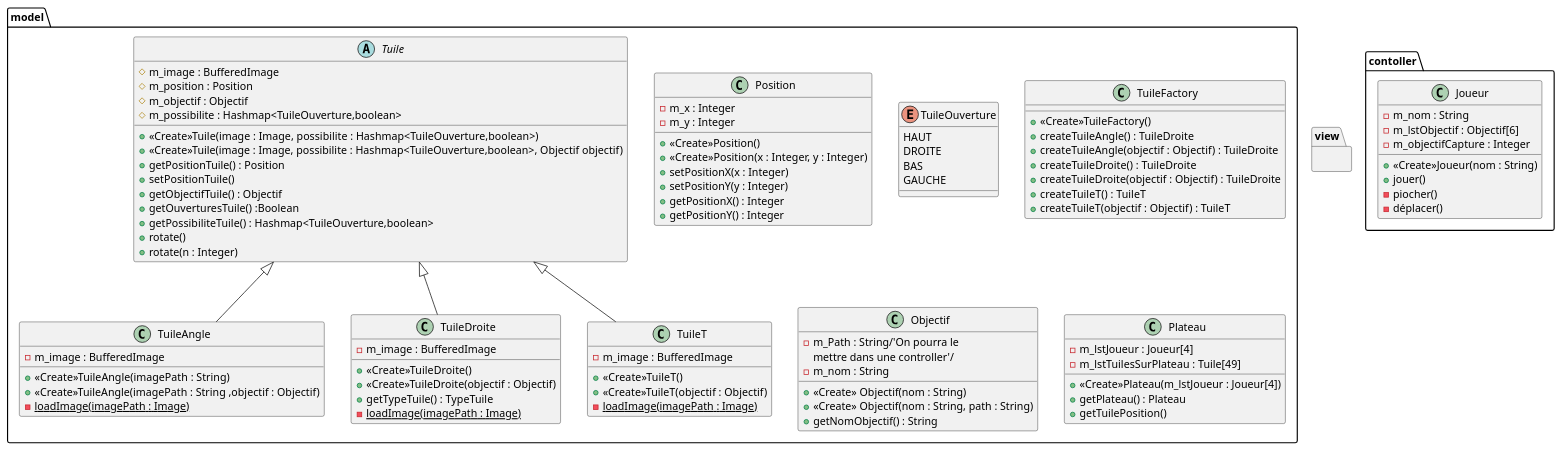
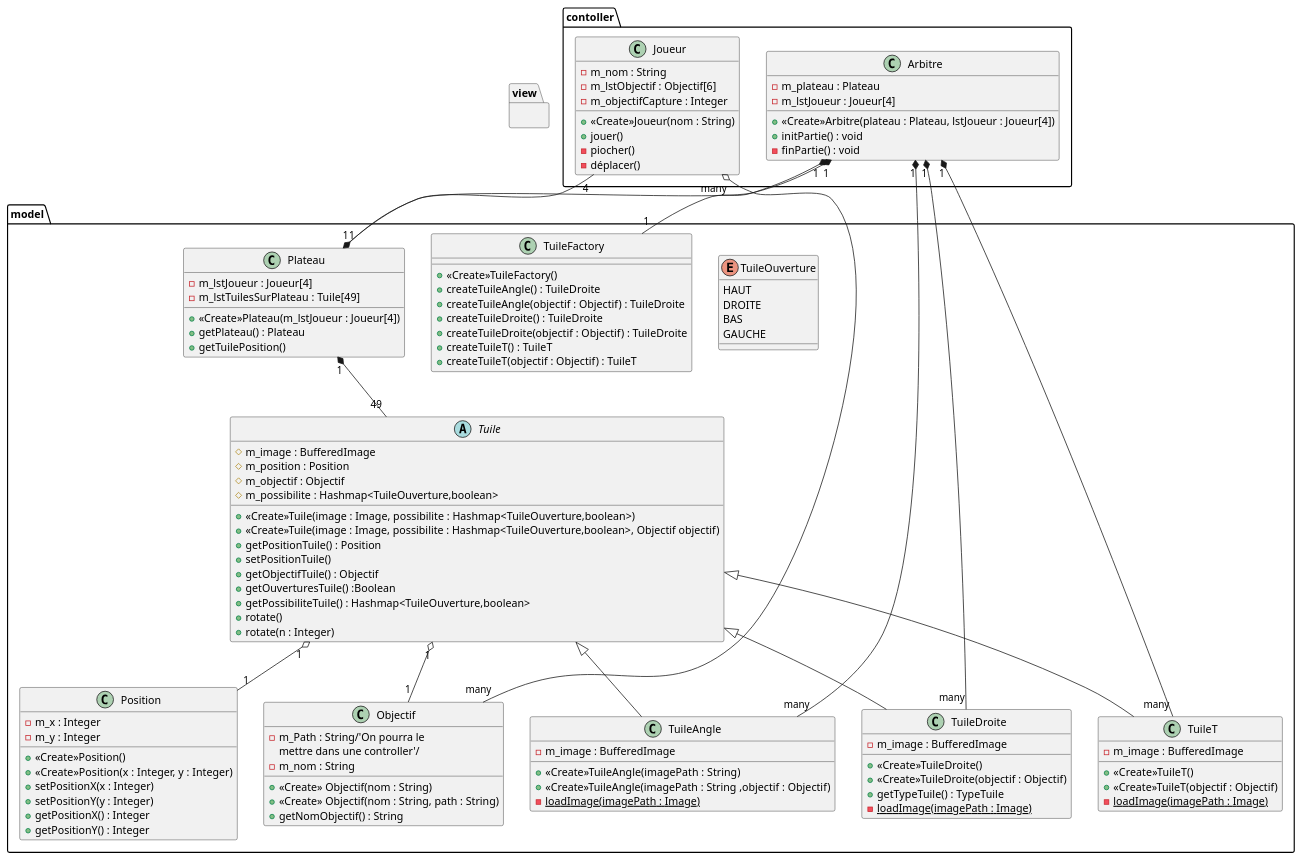
The diagram in UML/Semaine1.puml (alexandreCouton/projet_Labyrinthe), drawn with PlantUML before and after one commit. The commit also changed 2 other files, not shown here.

```diff
--- a/UML/Semaine1.puml
+++ b/UML/Semaine1.puml
@@ -1,119 +1,137 @@
 @startuml
 package view{
 
 }
 
 
 package model{
 
     class Position{
         -m_x : Integer
         -m_y : Integer
         +<<Create>>Position()
         +<<Create>>Position(x : Integer, y : Integer)
         +setPositionX(x : Integer)
         +setPositionY(y : Integer)
         +getPositionX() : Integer
         +getPositionY() : Integer
     }
 
     enum TuileOuverture{
         HAUT
         DROITE
         BAS
         GAUCHE
     }
 
     abstract Tuile{
         #m_image : BufferedImage
         #m_position : Position
         #m_objectif : Objectif
         #m_possibilite : Hashmap<TuileOuverture,boolean>
         /'#m_haut : Boolean
         #m_droite : Boolean
         #m_bas : Boolean
         #m_gauche : Boolean'/
         +<<Create>>Tuile(image : Image, possibilite : Hashmap<TuileOuverture,boolean>)
         +<<Create>>Tuile(image : Image, possibilite : Hashmap<TuileOuverture,boolean>, Objectif objectif)
         +getPositionTuile() : Position
         +setPositionTuile()
         +getObjectifTuile() : Objectif
         +getOuverturesTuile() :Boolean
         +getPossibiliteTuile() : Hashmap<TuileOuverture,boolean>
         +rotate()
         +rotate(n : Integer)
     }
 
     class TuileAngle extends Tuile{
         -m_image : BufferedImage
         +<<Create>>TuileAngle(imagePath : String)
         +<<Create>>TuileAngle(imagePath : String ,objectif : Objectif)
         -{static}loadImage(imagePath : Image)
         /'+toString() : String'/
     }
     class TuileDroite extends Tuile{
         -m_image : BufferedImage
         +<<Create>>TuileDroite()
         +<<Create>>TuileDroite(objectif : Objectif)
         +getTypeTuile() : TypeTuile
         -{static}loadImage(imagePath : Image)
         /'+toString() : String'/
     }
     class TuileT extends Tuile{
         -m_image : BufferedImage
         +<<Create>>TuileT()
         +<<Create>>TuileT(objectif : Objectif)
         -{static}loadImage(imagePath : Image)
         /'+toString() : String'/
     }
     class TuileFactory{
         +<<Create>>TuileFactory()
         +createTuileAngle() : TuileDroite
         +createTuileAngle(objectif : Objectif) : TuileDroite
         +createTuileDroite() : TuileDroite
         +createTuileDroite(objectif : Objectif) : TuileDroite
         +createTuileT() : TuileT
         +createTuileT(objectif : Objectif) : TuileT
     }
 
 
     class Objectif
     {
         -m_Path : String/'On pourra le
         mettre dans une controller'/
         -m_nom : String
         +<<Create>> Objectif(nom : String)
         +<<Create>> Objectif(nom : String, path : String)
         +getNomObjectif() : String
 
     }
 
     class Plateau{
         -m_lstJoueur : Joueur[4]
         -m_lstTuilesSurPlateau : Tuile[49]
         +<<Create>>Plateau(m_lstJoueur : Joueur[4])
         /'Prends 4 joueurs pour les placer etc...'/
         +getPlateau() : Plateau
         +getTuilePosition()
     }
 
 
 
 }
 
 package contoller{
 
     class Joueur{
         -m_nom : String
         -m_lstObjectif : Objectif[6]
         -m_objectifCapture : Integer
         +<<Create>>Joueur(nom : String)
         +jouer()
         -piocher()
         /'sera appelé dans la fonction jouer'/
         -déplacer()
         /'sera appelé dans la fonction jouer'/
     }
+    class Arbitre{
+        -m_plateau : Plateau
+        -m_lstJoueur : Joueur[4]
+        +<<Create>>Arbitre(plateau : Plateau, lstJoueur : Joueur[4])
+        +initPartie() : void
+        -finPartie() : void
+    }
 
 }
+Plateau "1" *-- "4" Joueur
+Plateau "1" *-- "49" Tuile
+Tuile "1" o-- "1" Position
+Tuile "1" o-- "1" Objectif
+Arbitre "1" *-- "1" Plateau
+Arbitre "1" *-- "1" TuileFactory
+Arbitre "1" *-- "many" TuileAngle
+Arbitre "1" *-- "many" TuileT
+Arbitre "1" *-- "many" TuileDroite
+Joueur "many" o-- "many" Objectif
+
 @enduml
```
